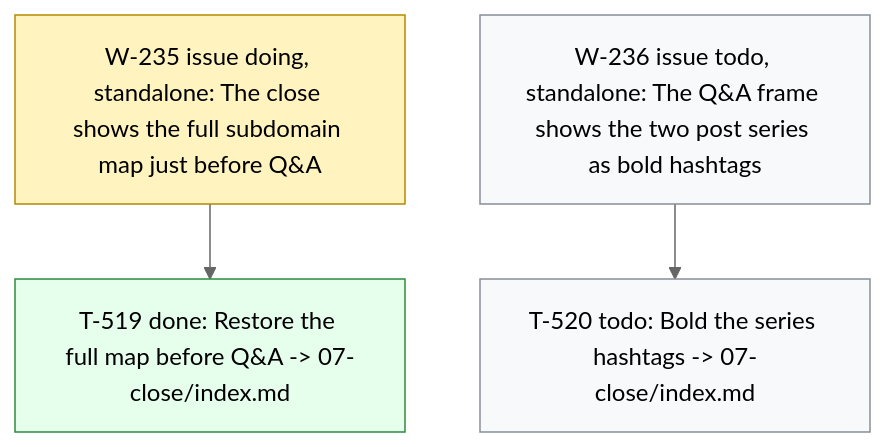
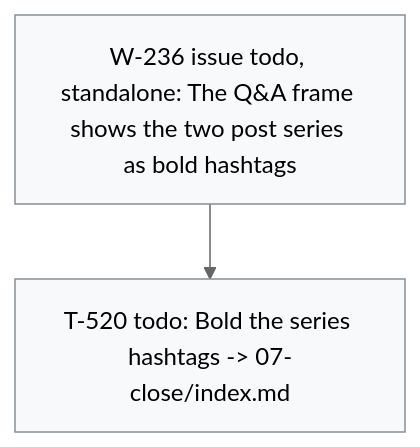
Before and after one commit to dpopchev/chaos-to-simple: the diagram in .board/BOARD.md, drawn with Mermaid (neutral theme). The commit also changed other lines of this file and 3 other files, not shown here.

````diff
--- a/.board/BOARD.md
+++ b/.board/BOARD.md
@@ -1397,15 +1402,11 @@
 ```mermaid
 flowchart TD
-  W235["W-235 issue doing, standalone: The close shows the full subdomain map just before Q&A"]
-  W235 --> T519["T-519 done: Restore the full map before Q&A -> 07-close/index.md"]
   W236["W-236 issue todo, standalone: The Q&A frame shows the two post series as bold hashtags"]
   W236 --> T520["T-520 todo: Bold the series hashtags -> 07-close/index.md"]
   classDef doing fill:#fff3bf,stroke:#b58900,color:#000;
   classDef blocked fill:#ffe3e3,stroke:#c92a2a,color:#000;
   classDef done fill:#e6ffed,stroke:#2b8a3e,color:#000;
   classDef todo fill:#f8f9fa,stroke:#868e96,color:#000;
   classDef pruned fill:#f1f3f5,stroke:#adb5bd,color:#000;
-  class W235 doing
-  class T519 done
   class W236,T520 todo
 ```
````
